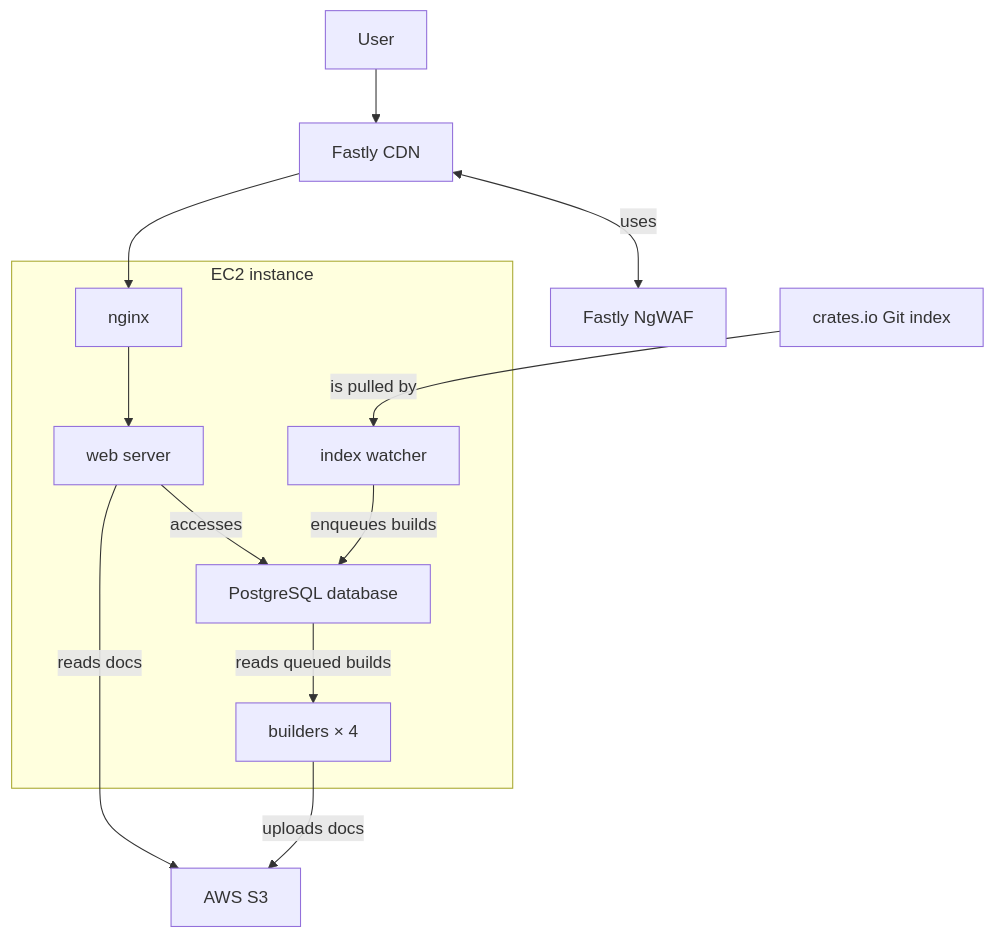
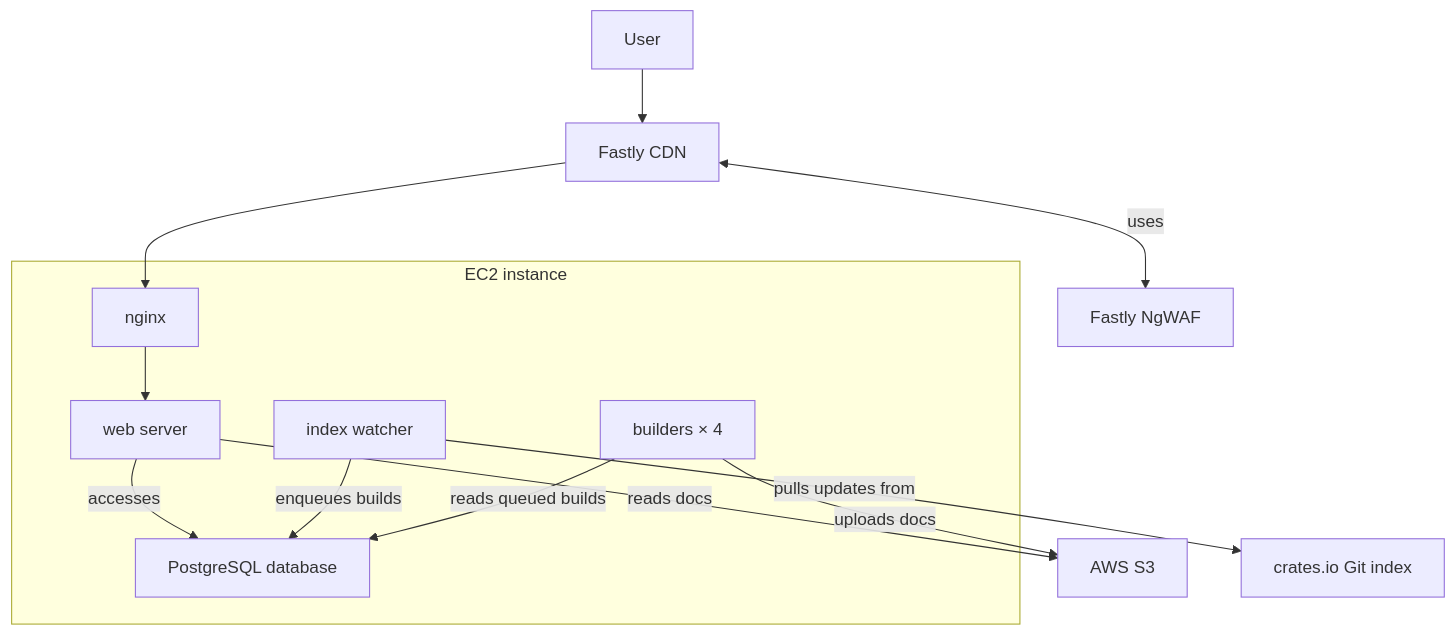
One commit to rust-lang/docs.rs changed the diagram in docs/src/infrastructure/legacy.md. Above: the diagram before and after it, drawn with Mermaid.

````diff
--- a/docs/src/infrastructure/legacy.md
+++ b/docs/src/infrastructure/legacy.md
@@ -5,17 +5,17 @@
 ```mermaid
 flowchart TD
   user[User] --> fastly[Fastly CDN]
   fastly <--> |uses| ngwaf[Fastly NgWAF]
 
   subgraph ec2[EC2 instance]
     nginx[nginx] --> web[web server] --> |accesses| psql[PostgreSQL database]
     watcher[index watcher] --> |enqueues builds| psql
-    psql --> |reads queued builds| builder[builders × 4]
+    builder[builders × 4] --> |reads queued builds| psql
   end
 
   fastly --> nginx
   web -->|reads docs| s3[AWS S3]
   builder --> |uploads docs| s3
 
-  index[crates.io Git index] --> |is pulled by| watcher
+  watcher --> |pulls updates from| index[crates.io Git index]
 ```
````
